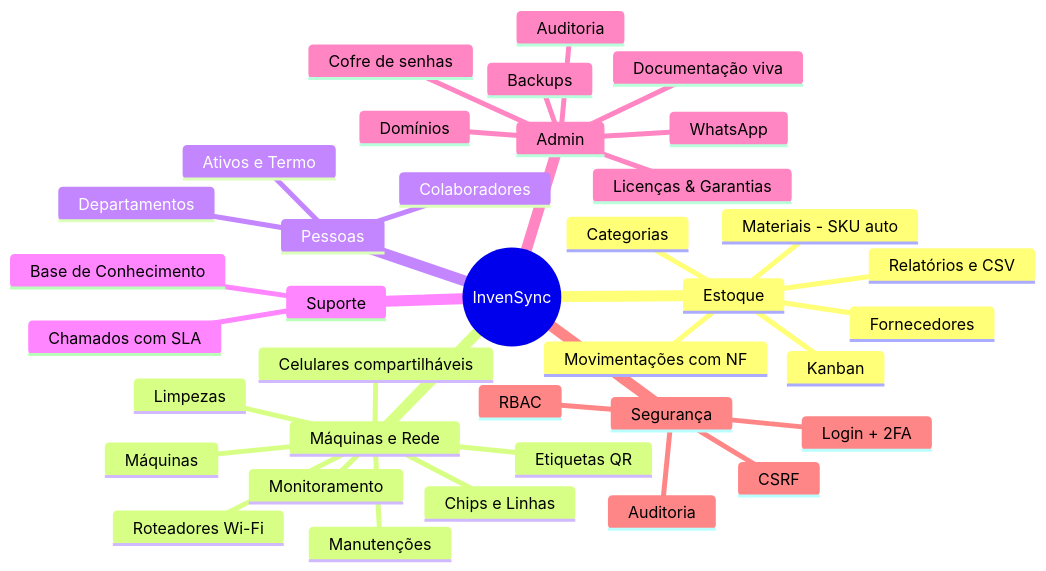
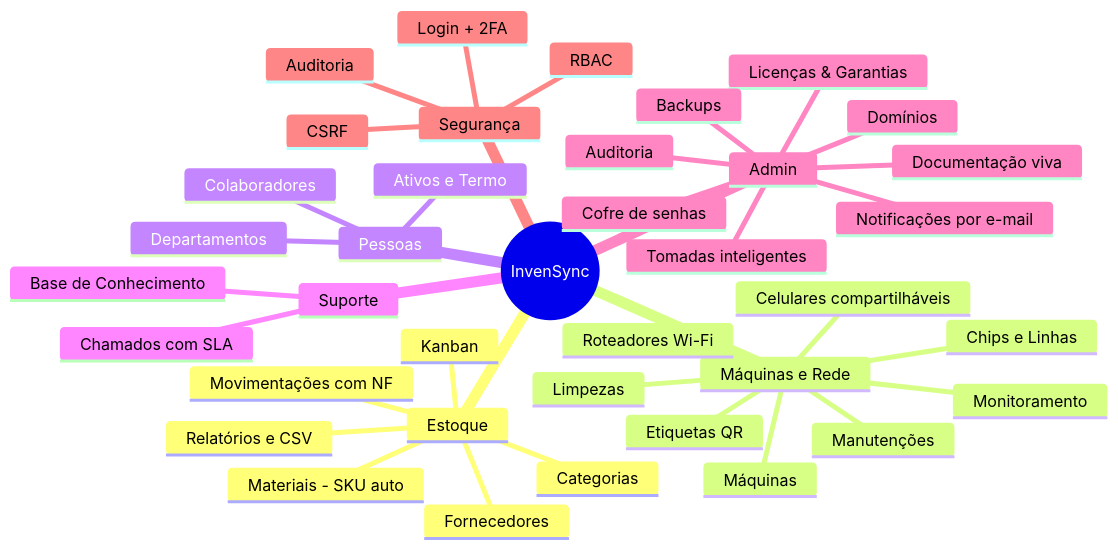
Diagram 23 of 23 in docs/DOCUMENTACAO.md (nerdGG094/InvenSync), drawn with Mermaid before and after one commit. The commit also changed other lines of this file and 1 other file, not shown here.

First line of the commit message:
docs: remove CallMeBot/WhatsApp e atualiza para o estado atual

````diff
--- a/docs/DOCUMENTACAO.md
+++ b/docs/DOCUMENTACAO.md
@@ -1002,40 +1048,41 @@
 ```mermaid
 mindmap
   root((InvenSync))
     Estoque
       Materiais - SKU auto
       Categorias
       Fornecedores
       Movimentações com NF
       Kanban
       Relatórios e CSV
     Máquinas e Rede
       Máquinas
       Celulares compartilháveis
       Chips e Linhas
       Roteadores Wi-Fi
       Limpezas
       Manutenções
       Monitoramento
       Etiquetas QR
     Pessoas
       Colaboradores
       Departamentos
       Ativos e Termo
     Suporte
       Chamados com SLA
       Base de Conhecimento
     Admin
       Cofre de senhas
       Licenças & Garantias
       Domínios
       Auditoria
       Backups
-      WhatsApp
+      Tomadas inteligentes
+      Notificações por e-mail
       Documentação viva
     Segurança
       Login + 2FA
       RBAC
       CSRF
       Auditoria
 ```
````
